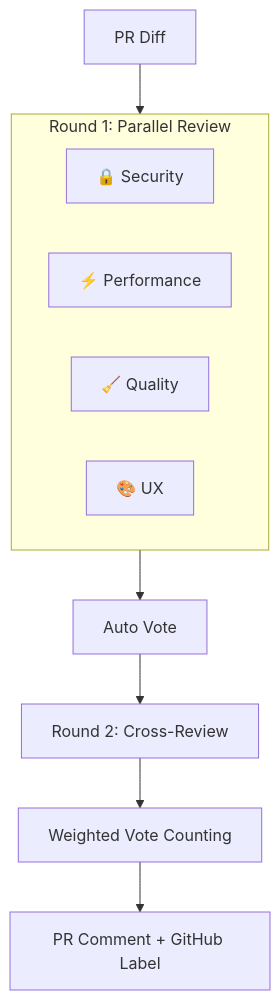
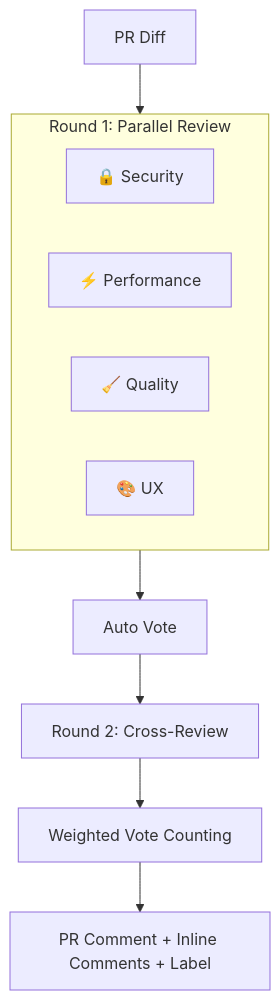
Before and after one commit to alswla/simple-review-bot: the diagram in README.md, drawn with Mermaid. The commit also changed other lines of this file and 2 other files, not shown here.

````diff
--- a/README.md
+++ b/README.md
@@ -199,16 +280,16 @@
 ```mermaid
 flowchart TB
     A[PR Diff] --> B[Round 1: Parallel Review]
 
     subgraph B[Round 1: Parallel Review]
         B1[🔒 Security]
         B2[⚡ Performance]
         B3[🧹 Quality]
         B4[🎨 UX]
     end
 
     B --> C[Auto Vote]
     C --> D[Round 2: Cross-Review]
     D --> E[Weighted Vote Counting]
-    E --> F[PR Comment + GitHub Label]
+    E --> F[PR Comment + Inline Comments + Label]
 ```
````
